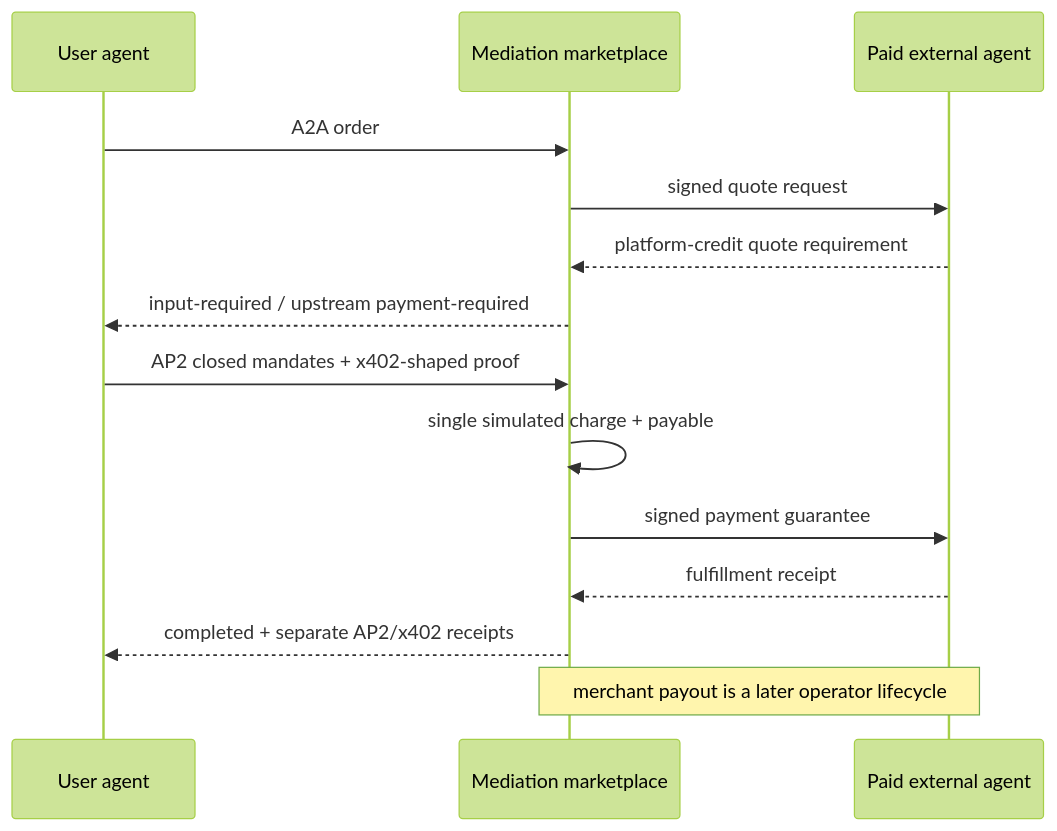
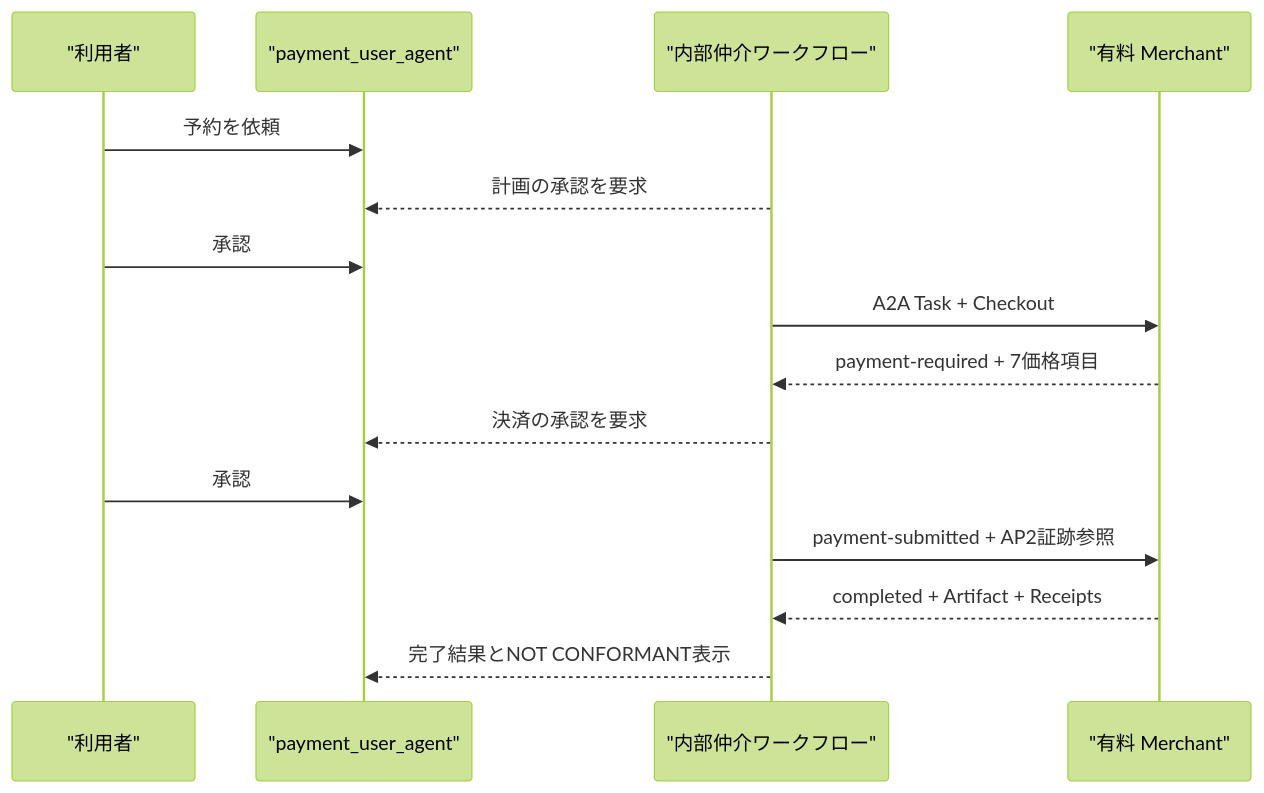
The sixth of 6 diagrams in README.md (TaichiHiromatsu/secure-ai-agent-matching-platform), drawn with Mermaid (forest theme) before and after one commit. The commit also changed other lines of this file and 120 other files, not shown here.

Commit message:
Integrate AP2 payment mediation demo

````diff
--- a/README.md
+++ b/README.md
@@ -331,16 +332,17 @@
 ```mermaid
 sequenceDiagram
-    participant U as User agent
-    participant M as Mediation marketplace
-    participant E as Paid external agent
-    U->>M: A2A order
-    M->>E: signed quote request
-    E-->>M: platform-credit quote requirement
-    M-->>U: input-required / upstream payment-required
-    U->>M: AP2 closed mandates + x402-shaped proof
-    M->>M: single simulated charge + payable
-    M->>E: signed payment guarantee
-    E-->>M: fulfillment receipt
-    M-->>U: completed + separate AP2/x402 receipts
-    Note over M,E: merchant payout is a later operator lifecycle
+    participant U as "利用者"
+    participant UI as "payment_user_agent"
+    participant M as "内部仲介ワークフロー"
+    participant E as "有料 Merchant"
+    U->>UI: 予約を依頼
+    M-->>UI: 計画の承認を要求
+    U->>UI: 承認
+    M->>E: A2A Task + Checkout
+    E-->>M: payment-required + 7価格項目
+    M-->>UI: 決済の承認を要求
+    U->>UI: 承認
+    M->>E: payment-submitted + AP2証跡参照
+    E-->>M: completed + Artifact + Receipts
+    M-->>UI: 完了結果とNOT CONFORMANT表示
 ```
````
